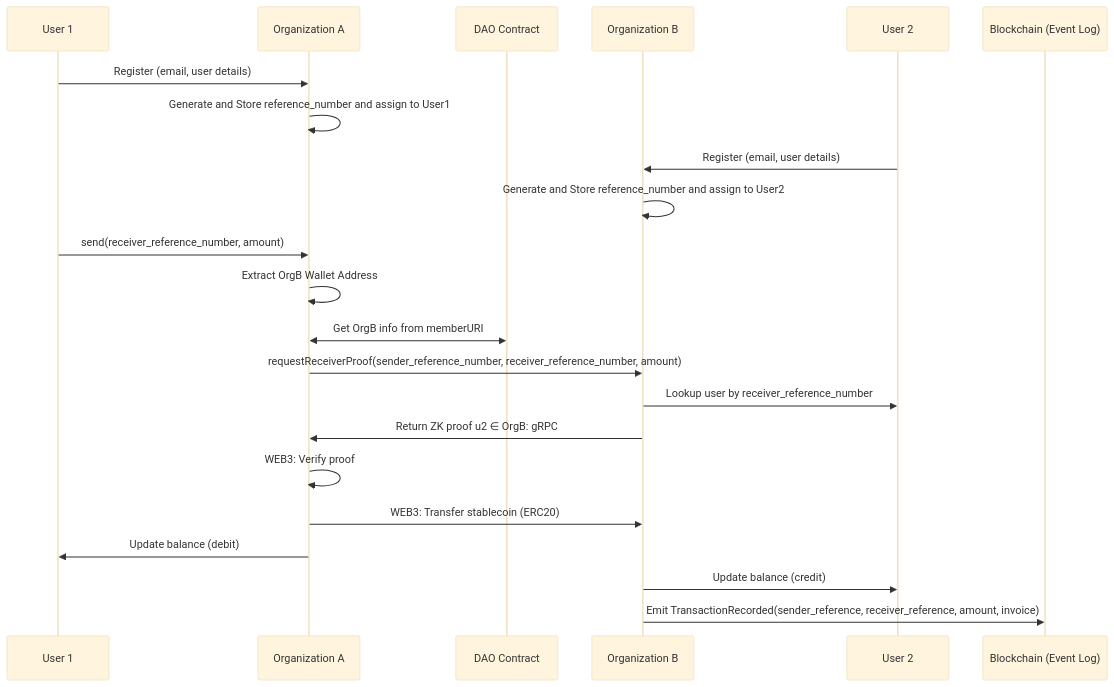
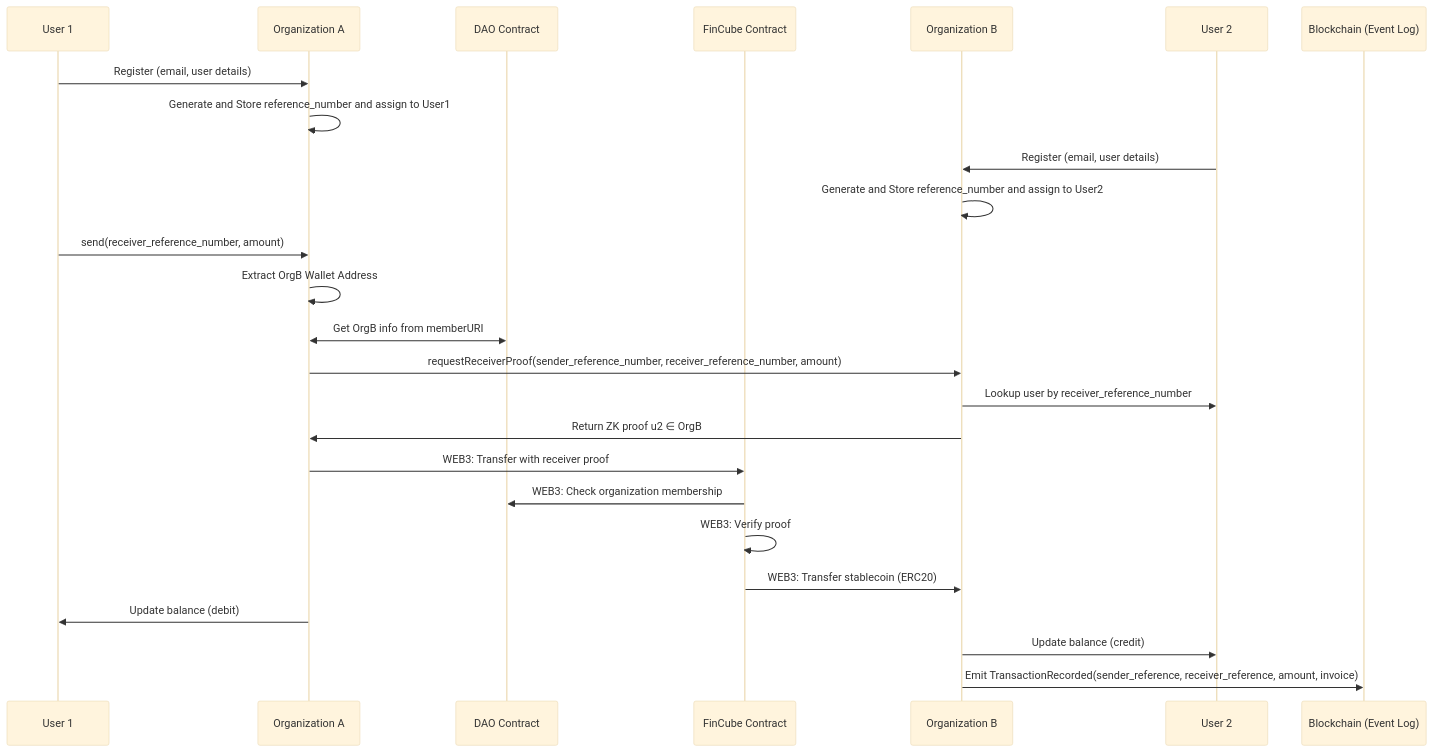
Before and after one commit to FinCube-23/transferPoC: the first of 2 diagrams in SD-ZK-Integrated-Transfer.md, drawn with Mermaid (base theme).

Commit message:
docs: Update sequence diagram for FinCube integration

````diff
--- a/SD-ZK-Integrated-Transfer.md
+++ b/SD-ZK-Integrated-Transfer.md
@@ -1,24 +1,27 @@
 ```mermaid
 sequenceDiagram
     participant User1 as User 1
     participant OrgA as Organization A
     participant DAO as DAO Contract
+    participant FinCube as FinCube Contract
     participant OrgB as Organization B
     participant User2 as User 2
     participant Blockchain as Blockchain (Event Log)
     User1->>OrgA: Register (email, user details)
     OrgA->>OrgA: Generate and Store reference_number and assign to User1
     User2->>OrgB: Register (email, user details)
     OrgB->>OrgB: Generate and Store reference_number and assign to User2
     User1->>OrgA: send(receiver_reference_number, amount)
     OrgA->>OrgA: Extract OrgB Wallet Address
     OrgA<<->>DAO: Get OrgB info from memberURI
     OrgA->>OrgB: requestReceiverProof(sender_reference_number, receiver_reference_number, amount)
     OrgB->>User2: Lookup user by receiver_reference_number
-    OrgB->>OrgA: Return ZK proof u2 ∈ OrgB: gRPC
-    OrgA->>OrgA: WEB3: Verify proof
-    OrgA->>OrgB: WEB3: Transfer stablecoin (ERC20)
+    OrgB->>OrgA: Return ZK proof u2 ∈ OrgB
+    OrgA->>FinCube: WEB3: Transfer with receiver proof
+    FinCube->>DAO: WEB3: Check organization membership
+    FinCube->>FinCube: WEB3: Verify proof
+    FinCube->>OrgB: WEB3: Transfer stablecoin (ERC20)
     OrgA->>User1: Update balance (debit)
     OrgB->>User2: Update balance (credit)
     OrgB->>Blockchain: Emit TransactionRecorded(sender_reference, receiver_reference, amount, invoice)
 ```
````
